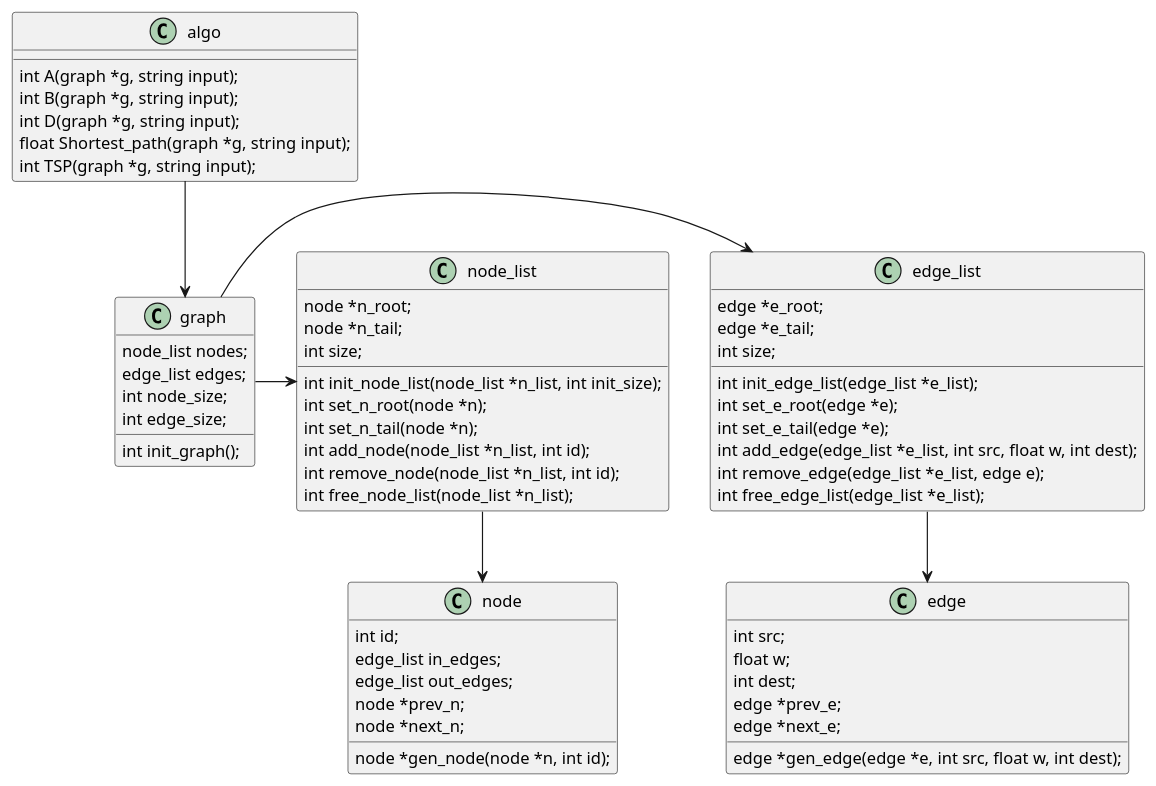
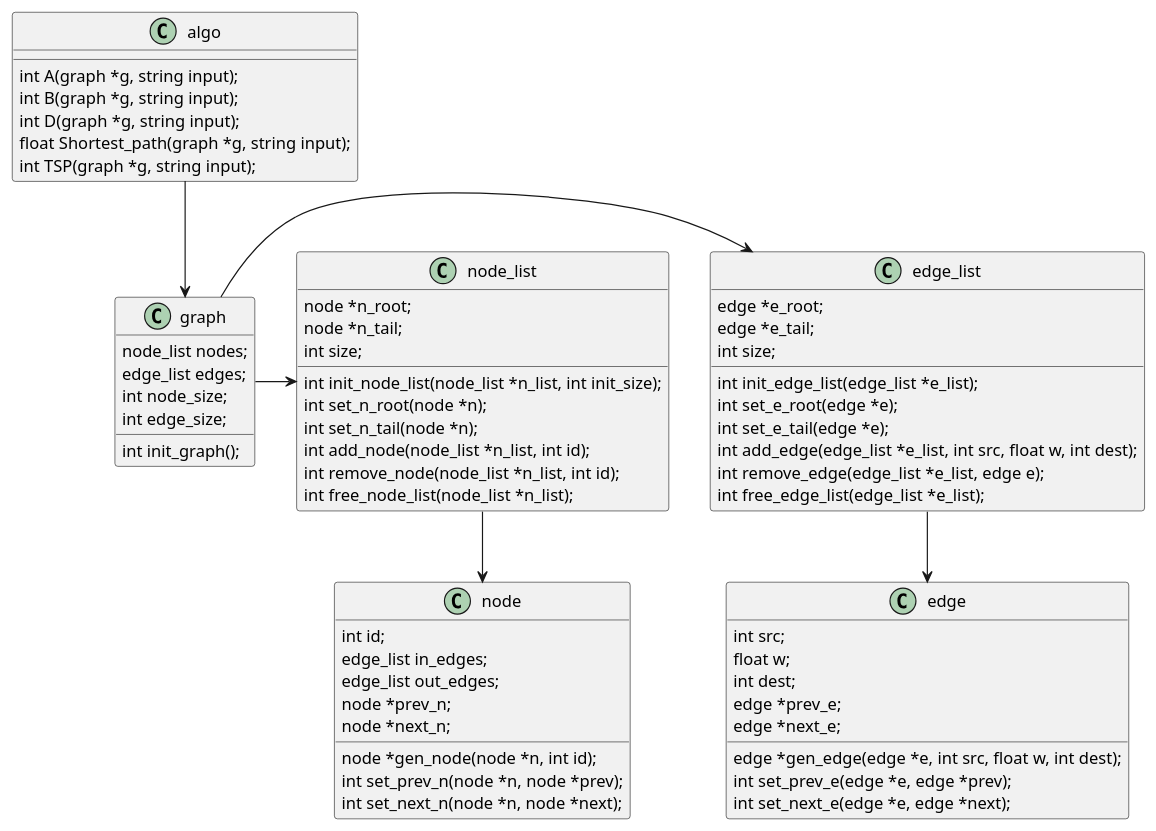
The diagram in Ex4_UML.puml (RF555/SofSys_Ex4), drawn with PlantUML before and after one commit. The commit also changed 3 other files, not shown here.

```diff
--- a/Ex4_UML.puml
+++ b/Ex4_UML.puml
@@ -1,73 +1,77 @@
 @startuml
 
 graph -> edge_list
 graph -> node_list
 node_list --> node
 edge_list --> edge
 algo --> graph
 
 
 class node{
 int id;
 edge_list in_edges;
 edge_list out_edges;
 node *prev_n;
 node *next_n;
 node *gen_node(node *n, int id);
+int set_prev_n(node *n, node *prev);
+int set_next_n(node *n, node *next);
 }
 
 class edge{
 int src;
 float w;
 int dest;
 edge *prev_e;
 edge *next_e;
 edge *gen_edge(edge *e, int src, float w, int dest);
+int set_prev_e(edge *e, edge *prev);
+int set_next_e(edge *e, edge *next);
 }
 
 class edge_list{
 edge *e_root;
 edge *e_tail;
 int size;
 int init_edge_list(edge_list *e_list);
 int set_e_root(edge *e);
 int set_e_tail(edge *e);
 int add_edge(edge_list *e_list, int src, float w, int dest);
 int remove_edge(edge_list *e_list, edge e);
 int free_edge_list(edge_list *e_list);
 }
 
 class node_list{
 node *n_root;
 node *n_tail;
 int size;
 int init_node_list(node_list *n_list, int init_size);
 int set_n_root(node *n);
 int set_n_tail(node *n);
 int add_node(node_list *n_list, int id);
 int remove_node(node_list *n_list, int id);
 int free_node_list(node_list *n_list);
 }
 
 class graph{
 node_list nodes;
 edge_list edges;
 int node_size;
 int edge_size;
 int init_graph();
 'void add_node(graph *g, int id);
 'void remove_node(graph *g, int id);
 'void add_edge(graph *g, int src, float w, int dest);
 'void add_Edge(graph *g, edge e);
 'void remove_edge(graph *g, int src, int dest);
 }
 
 class algo{
 int A(graph *g, string input);
 int B(graph *g, string input);
 int D(graph *g, string input);
 float Shortest_path(graph *g, string input);
 int TSP(graph *g, string input);
 }
 
 @enduml
```
